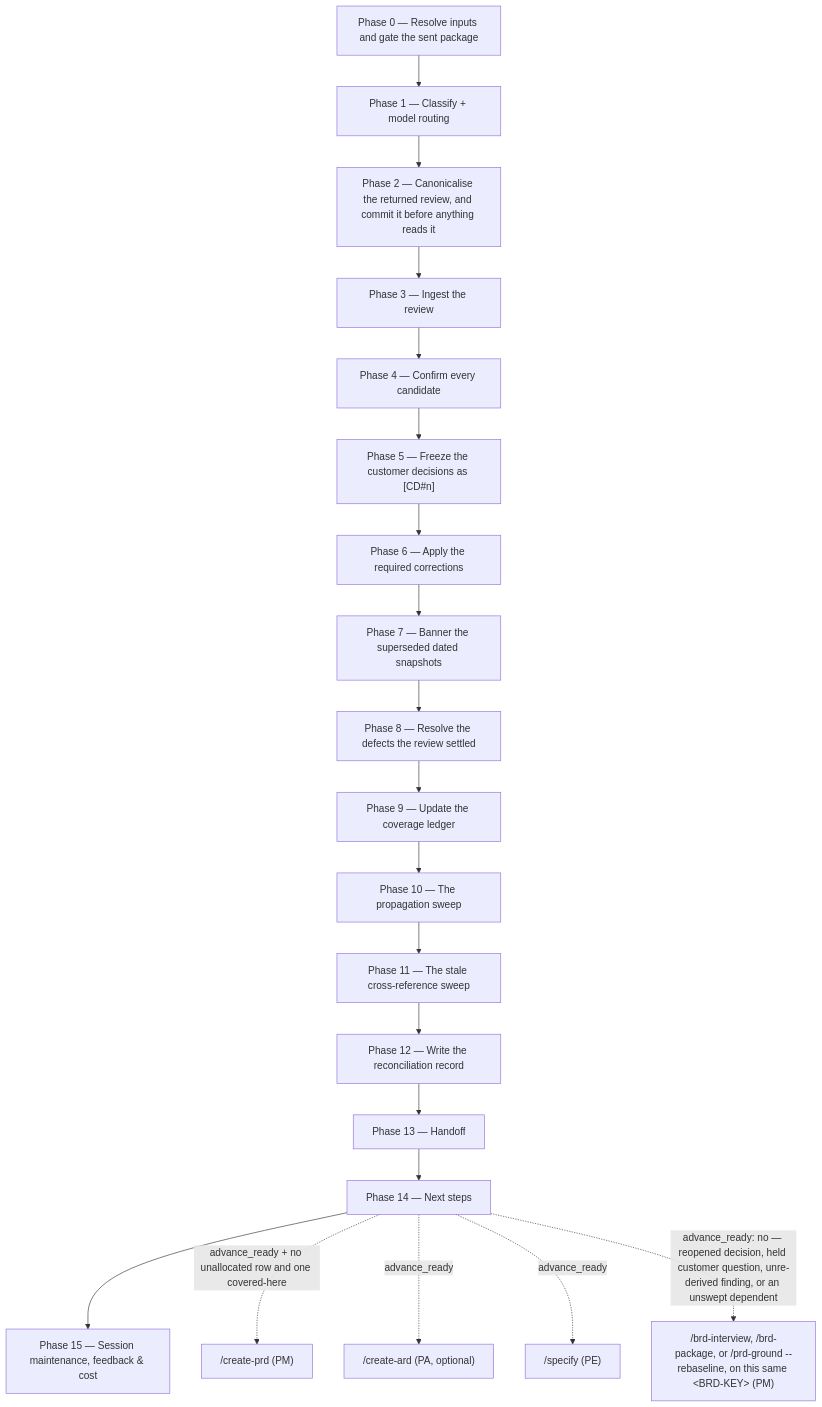
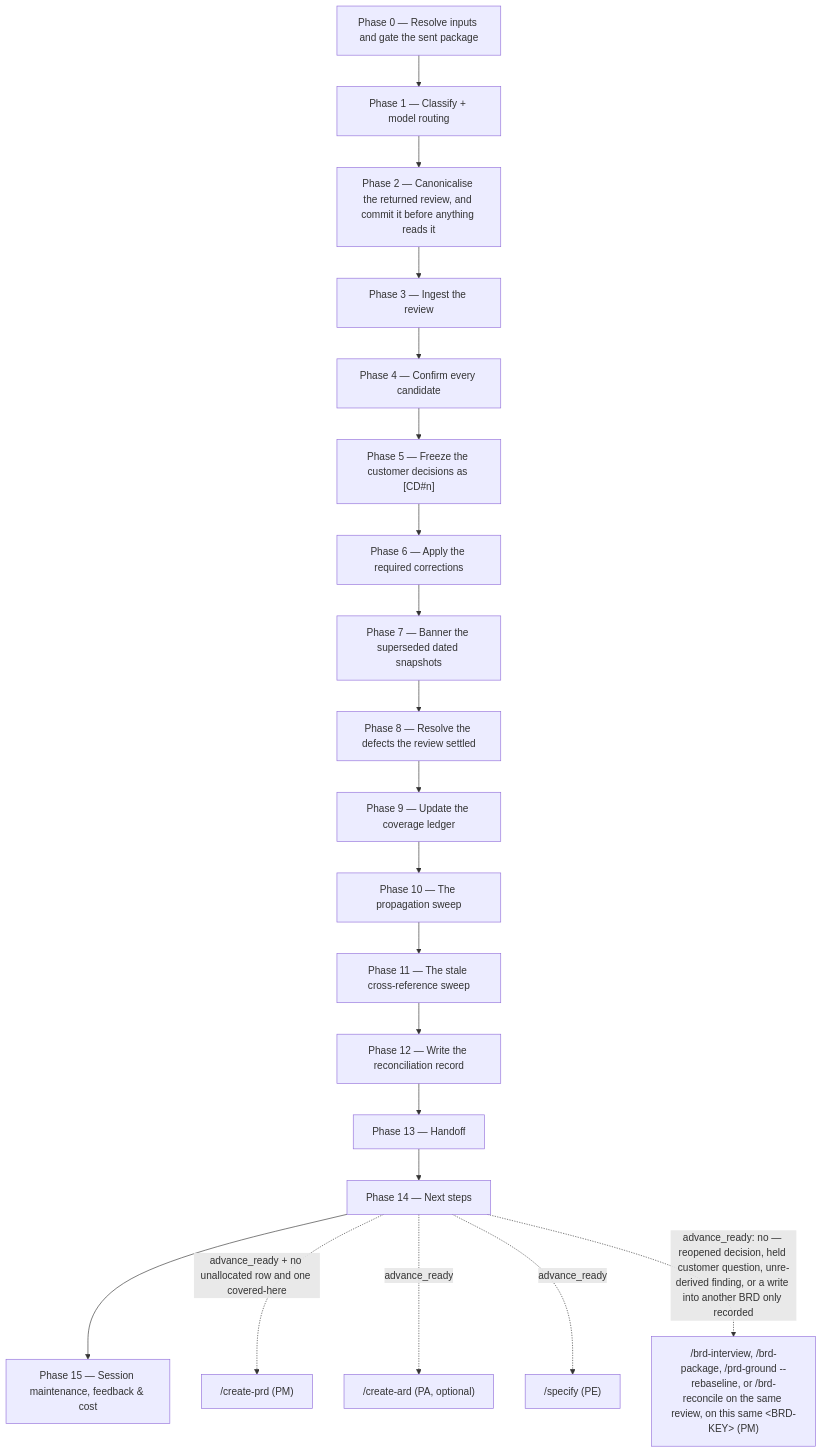
One commit to ihudak/ai-workflows changed the diagram in plugins/product-workflows/docs/commands/brd-reconcile.md. Above: the diagram before and after it, drawn with Mermaid. The commit also changed other lines of this file and 8 other files, not shown here.

First line of the commit message:
fix(brd-reconcile): review #1 — a recorded resolution lands only while its decision stands; picker never Stop-only

````diff
--- a/plugins/product-workflows/docs/commands/brd-reconcile.md
+++ b/plugins/product-workflows/docs/commands/brd-reconcile.md
@@ -101,22 +101,22 @@
 ```mermaid
 flowchart TD
     p0["Phase 0 — Resolve inputs and gate the sent package"] --> p1["Phase 1 — Classify + model routing"]
     p1 --> p2["Phase 2 — Canonicalise the returned review, and commit it before anything reads it"]
     p2 --> p3["Phase 3 — Ingest the review"]
     p3 --> p4["Phase 4 — Confirm every candidate"]
     p4 --> p5["Phase 5 — Freeze the customer decisions as [CD#n]"]
     p5 --> p6["Phase 6 — Apply the required corrections"]
     p6 --> p7["Phase 7 — Banner the superseded dated snapshots"]
     p7 --> p8["Phase 8 — Resolve the defects the review settled"]
     p8 --> p9["Phase 9 — Update the coverage ledger"]
     p9 --> p10["Phase 10 — The propagation sweep"]
     p10 --> p11["Phase 11 — The stale cross-reference sweep"]
     p11 --> p12["Phase 12 — Write the reconciliation record"]
     p12 --> p13["Phase 13 — Handoff"]
     p13 --> p14["Phase 14 — Next steps"]
     p14 --> p15["Phase 15 — Session maintenance, feedback & cost"]
     p14 -.->|"advance_ready + no unallocated row and one covered-here"| prd["/create-prd (PM)"]
     p14 -.->|"advance_ready"| ard["/create-ard (PA, optional)"]
     p14 -.->|"advance_ready"| spec["/specify (PE)"]
-    p14 -.->|"advance_ready: no — reopened decision, held customer question, unre-derived finding, or an unswept dependent"| reentry["/brd-interview, /brd-package, or /prd-ground --rebaseline, on this same &lt;BRD-KEY&gt; (PM)"]
+    p14 -.->|"advance_ready: no — reopened decision, held customer question, unre-derived finding, or a write into another BRD only recorded"| reentry["/brd-interview, /brd-package, /prd-ground --rebaseline, or /brd-reconcile on the same review, on this same &lt;BRD-KEY&gt; (PM)"]
 ```
````
